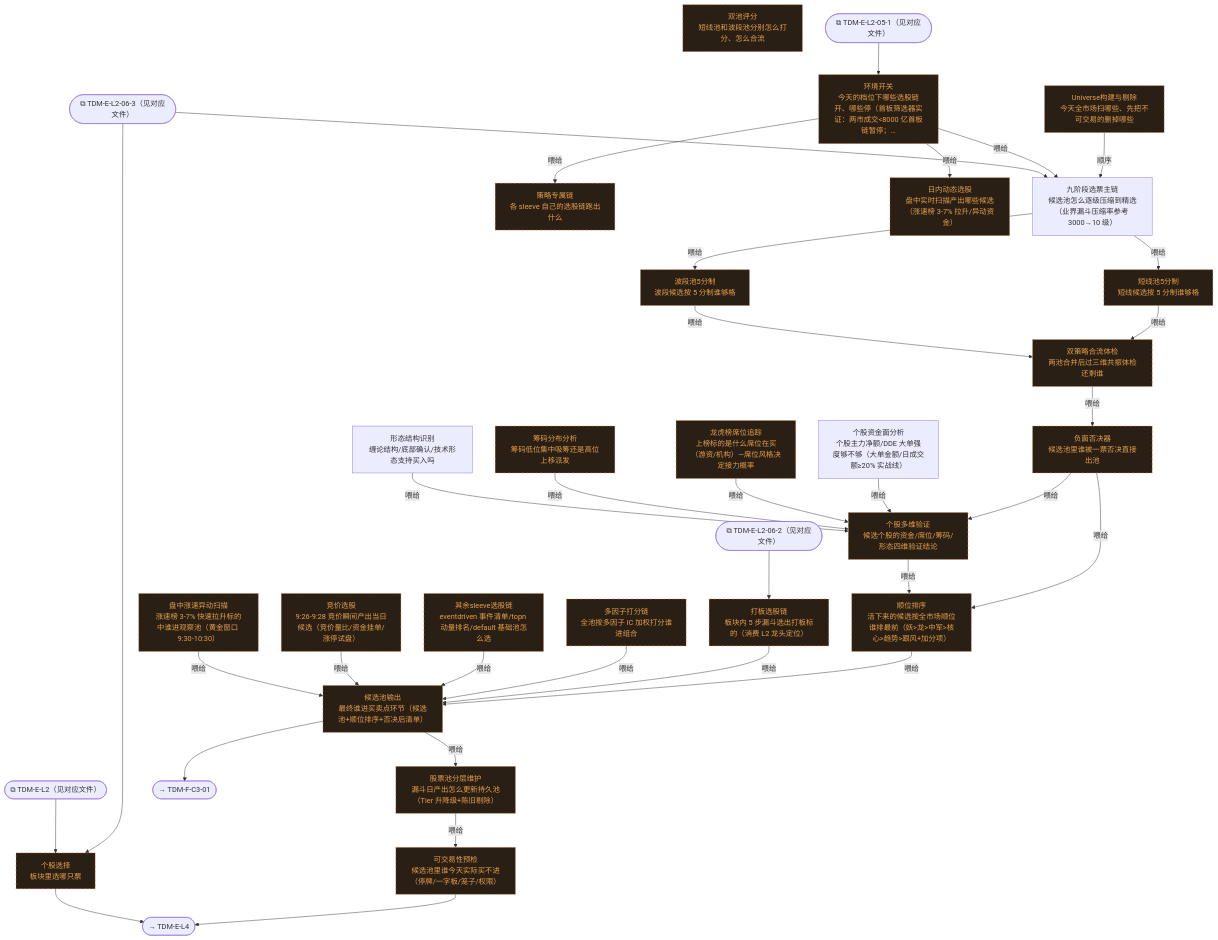
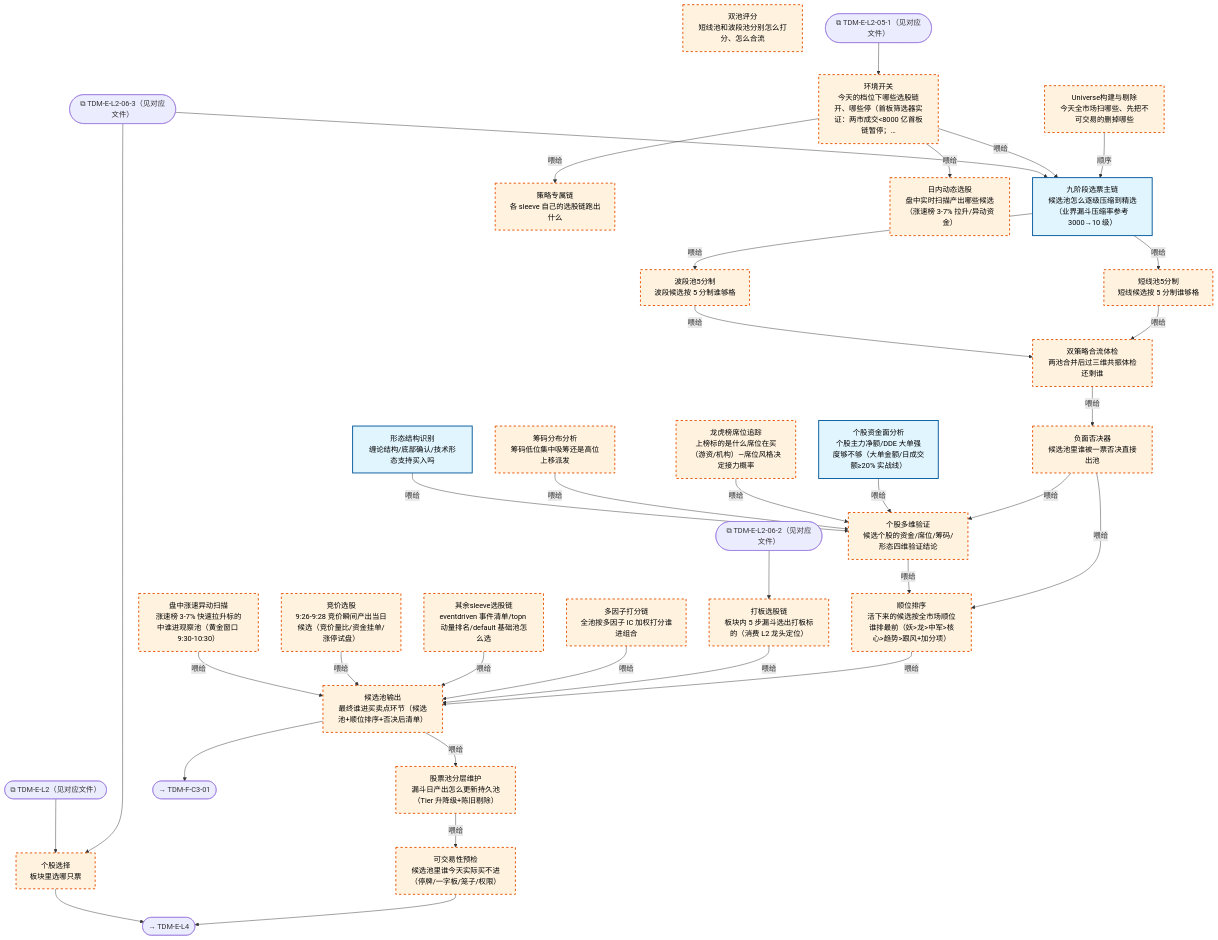
Before and after one commit to xuanFelixVan/ZephyrAlpha: the diagram in docs/02_enterprise_architecture/10_trading_map/trading_map_03_e_l3_stock.md, drawn with Mermaid. The commit also changed other lines of this file and 11 other files, not shown here.

````diff
--- a/docs/02_enterprise_architecture/10_trading_map/trading_map_03_e_l3_stock.md
+++ b/docs/02_enterprise_architecture/10_trading_map/trading_map_03_e_l3_stock.md
@@ -20,67 +20,69 @@
 ```mermaid
 flowchart TD
   TDM_E_L3["个股选择<br/>板块里选哪只票"]
   TDM_E_L3_01["Universe构建与剔除<br/>今天全市场扫哪些、先把不可交易的删掉哪些"]
   TDM_E_L3_02["九阶段选票主链<br/>候选池怎么逐级压缩到精选（业界漏斗压缩率参考 3000→10 级）"]
   TDM_E_L3_03["双池评分<br/>短线池和波段池分别怎么打分、怎么合流"]
   TDM_E_L3_03_1["短线池5分制<br/>短线候选按 5 分制谁够格"]
   TDM_E_L3_03_2["波段池5分制<br/>波段候选按 5 分制谁够格"]
   TDM_E_L3_03_3["双策略合流体检<br/>两池合并后过三维共振体检还剩谁"]
   TDM_E_L3_04["负面否决器<br/>候选池里谁被一票否决直接出池"]
   TDM_E_L3_05["顺位排序<br/>活下来的候选按全市场顺位谁排最前（妖>龙>中军>核心>趋势>跟风+加分项）"]
   TDM_E_L3_06["环境开关<br/>今天的档位下哪些选股链开、哪些停（首板筛选器实证：两市成交<8000 亿首板链暂停；…"]
   TDM_E_L3_07["策略专属链<br/>各 sleeve 自己的选股链跑出什么"]
   TDM_E_L3_07_1["打板选股链<br/>板块内 5 步漏斗选出打板标的（消费 L2 龙头定位）"]
   TDM_E_L3_07_2["多因子打分链<br/>全池按多因子 IC 加权打分谁进组合"]
   TDM_E_L3_07_3["其余sleeve选股链<br/>eventdriven 事件清单/topn 动量排名/default 基础池怎么选"]
   TDM_E_L3_08["候选池输出<br/>最终谁进买卖点环节（候选池+顺位排序+否决后清单）"]
   TDM_E_L3_09["股票池分层维护<br/>漏斗日产出怎么更新持久池（Tier 升降级+陈旧剔除）"]
   TDM_E_L3_10["可交易性预检<br/>候选池里谁今天实际买不进（停牌/一字板/笼子/权限）"]
   TDM_E_L3_11["日内动态选股<br/>盘中实时扫描产出哪些候选（涨速榜 3-7% 拉升/异动资金）"]
   TDM_E_L3_11_1["竞价选股<br/>9:26-9:28 竞价瞬间产出当日候选（竞价量比/资金挂单/涨停试盘）"]
   TDM_E_L3_11_2["盘中涨速异动扫描<br/>涨速榜 3-7% 快速拉升标的中谁进观察池（黄金窗口 9:30-10:30）"]
   TDM_E_L3_12["个股多维验证<br/>候选个股的资金/席位/筹码/形态四维验证结论"]
   TDM_E_L3_12_1["个股资金面分析<br/>个股主力净额/DDE 大单强度够不够（大单金额/日成交额≥20% 实战线）"]
   TDM_E_L3_12_2["龙虎榜席位追踪<br/>上榜标的是什么席位在买（游资/机构）—席位风格决定接力概率"]
   TDM_E_L3_12_3["筹码分布分析<br/>筹码低位集中吸筹还是高位上移派发"]
   TDM_E_L3_12_4["形态结构识别<br/>缠论结构/底部确认/技术形态支持买入吗"]
   EXT_TDM_E_L2_06_3(["⧉ TDM-E-L2-06-3（见对应文件）"])
   EXT_TDM_E_L2(["⧉ TDM-E-L2（见对应文件）"])
   EXT_TDM_E_L2_05_1(["⧉ TDM-E-L2-05-1（见对应文件）"])
   EXT_TDM_E_L2_06_2(["⧉ TDM-E-L2-06-2（见对应文件）"])
   EXT_TDM_E_L2_06_3 --> TDM_E_L3
   TDM_E_L3_01 -->|顺序| TDM_E_L3_02
   TDM_E_L3_02 -->|喂给| TDM_E_L3_03_1
   TDM_E_L3_02 -->|喂给| TDM_E_L3_03_2
   TDM_E_L3_03_1 -->|喂给| TDM_E_L3_03_3
   TDM_E_L3_03_2 -->|喂给| TDM_E_L3_03_3
   TDM_E_L3_03_3 -->|喂给| TDM_E_L3_04
   TDM_E_L3_04 -->|喂给| TDM_E_L3_05
   TDM_E_L3_05 -->|喂给| TDM_E_L3_08
   TDM_E_L3_06 -->|喂给| TDM_E_L3_02
   TDM_E_L3_06 -->|喂给| TDM_E_L3_07
   TDM_E_L3_07_1 -->|喂给| TDM_E_L3_08
   TDM_E_L3_07_2 -->|喂给| TDM_E_L3_08
   TDM_E_L3_07_3 -->|喂给| TDM_E_L3_08
   TDM_E_L3_08 -->|喂给| TDM_E_L3_09
   TDM_E_L3_09 -->|喂给| TDM_E_L3_10
   TDM_E_L3_10 --> EXT_OUT_TDM_E_L4([→ TDM-E-L4])
   TDM_E_L3_11_1 -->|喂给| TDM_E_L3_08
   TDM_E_L3_11_2 -->|喂给| TDM_E_L3_08
   TDM_E_L3_04 -->|喂给| TDM_E_L3_12
   TDM_E_L3_12 -->|喂给| TDM_E_L3_05
   EXT_TDM_E_L2_05_1 --> TDM_E_L3_06
   EXT_TDM_E_L2_06_2 --> TDM_E_L3_07_1
   EXT_TDM_E_L2_06_3 --> TDM_E_L3_02
   EXT_TDM_E_L2 --> TDM_E_L3
   TDM_E_L3 --> EXT_OUT_TDM_E_L4([→ TDM-E-L4])
   TDM_E_L3_06 -->|喂给| TDM_E_L3_11
   TDM_E_L3_12_1 -->|喂给| TDM_E_L3_12
   TDM_E_L3_12_2 -->|喂给| TDM_E_L3_12
   TDM_E_L3_12_3 -->|喂给| TDM_E_L3_12
   TDM_E_L3_12_4 -->|喂给| TDM_E_L3_12
   TDM_E_L3_08 --> EXT_OUT_TDM_F_C3_01([→ TDM-F-C3-01])
-  classDef red fill:#2a1f14,stroke:#d97b29,color:#e8a04c,stroke-dasharray: 5 5;
-  classDef paper fill:#14263a,stroke:#3d8bff,color:#9cc3ef;
-  class TDM_E_L3,TDM_E_L3_01,TDM_E_L3_03,TDM_E_L3_03_1,TDM_E_L3_03_2,TDM_E_L3_03_3,TDM_E_L3_04,TDM_E_L3_05,TDM_E_L3_06,TDM_E_L3_07,TDM_E_L3_07_1,TDM_E_L3_07_2,TDM_E_L3_07_3,TDM_E_L3_08,TDM_E_L3_09,TDM_E_L3_10,TDM_E_L3_11,TDM_E_L3_11_1,TDM_E_L3_11_2,TDM_E_L3_12,TDM_E_L3_12_2,TDM_E_L3_12_3 red;
+  classDef production fill:#e1f5fe,stroke:#01579b,stroke-width:2px,color:#000;
+  classDef design fill:#fff3e0,stroke:#e65100,stroke-width:2px,color:#000,stroke-dasharray: 5 5;
+  classDef paper fill:#e8f5e9,stroke:#2e7d32,stroke-width:2.5px,color:#000;
+  class TDM_E_L3_02,TDM_E_L3_12_1,TDM_E_L3_12_4 production;
+  class TDM_E_L3,TDM_E_L3_01,TDM_E_L3_03,TDM_E_L3_03_1,TDM_E_L3_03_2,TDM_E_L3_03_3,TDM_E_L3_04,TDM_E_L3_05,TDM_E_L3_06,TDM_E_L3_07,TDM_E_L3_07_1,TDM_E_L3_07_2,TDM_E_L3_07_3,TDM_E_L3_08,TDM_E_L3_09,TDM_E_L3_10,TDM_E_L3_11,TDM_E_L3_11_1,TDM_E_L3_11_2,TDM_E_L3_12,TDM_E_L3_12_2,TDM_E_L3_12_3 design;
 ```
````
